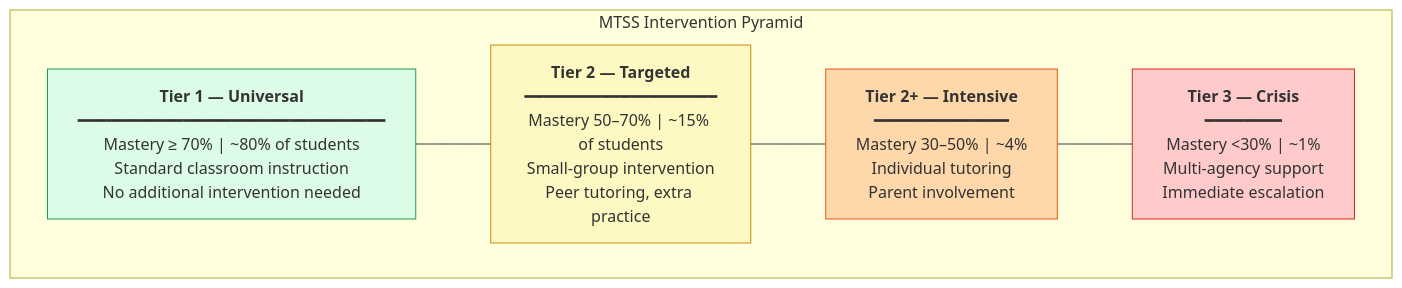
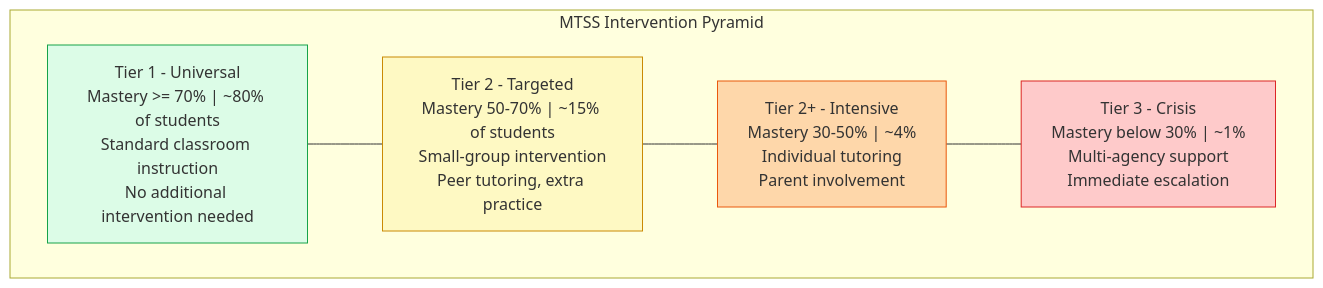
Diagram 12 of 12 in README.md (SanjayS-007/sahayak360-mvp), drawn with Mermaid before and after one commit. The commit also changed other lines of this file, not shown here.

````diff
--- a/README.md
+++ b/README.md
@@ -922,16 +776,16 @@
 ```mermaid
 graph TD
     subgraph PYRAMID["MTSS Intervention Pyramid"]
-        T1["<b>Tier 1 — Universal</b><br/>━━━━━━━━━━━━━━━━━━━━━━━━━━━━━━━━<br/>Mastery ≥ 70% | ~80% of students<br/>Standard classroom instruction<br/>No additional intervention needed"]
-        T2["<b>Tier 2 — Targeted</b><br/>━━━━━━━━━━━━━━━━━━━━<br/>Mastery 50–70% | ~15% of students<br/>Small-group intervention<br/>Peer tutoring, extra practice"]
-        T2P["<b>Tier 2+ — Intensive</b><br/>━━━━━━━━━━━━━━<br/>Mastery 30–50% | ~4%<br/>Individual tutoring<br/>Parent involvement"]
-        T3["<b>Tier 3 — Crisis</b><br/>━━━━━━━━<br/>Mastery <30% | ~1%<br/>Multi-agency support<br/>Immediate escalation"]
+        T1["Tier 1 - Universal<br/>Mastery >= 70% | ~80% of students<br/>Standard classroom instruction<br/>No additional intervention needed"]
+        T2["Tier 2 - Targeted<br/>Mastery 50-70% | ~15% of students<br/>Small-group intervention<br/>Peer tutoring, extra practice"]
+        T2P["Tier 2+ - Intensive<br/>Mastery 30-50% | ~4%<br/>Individual tutoring<br/>Parent involvement"]
+        T3["Tier 3 - Crisis<br/>Mastery below 30% | ~1%<br/>Multi-agency support<br/>Immediate escalation"]
     end
 
     T1 --- T2 --- T2P --- T3
 
     style T1 fill:#dcfce7,stroke:#16a34a
     style T2 fill:#fef9c3,stroke:#ca8a04
     style T2P fill:#fed7aa,stroke:#ea580c
     style T3 fill:#fecaca,stroke:#dc2626
 ```
````
